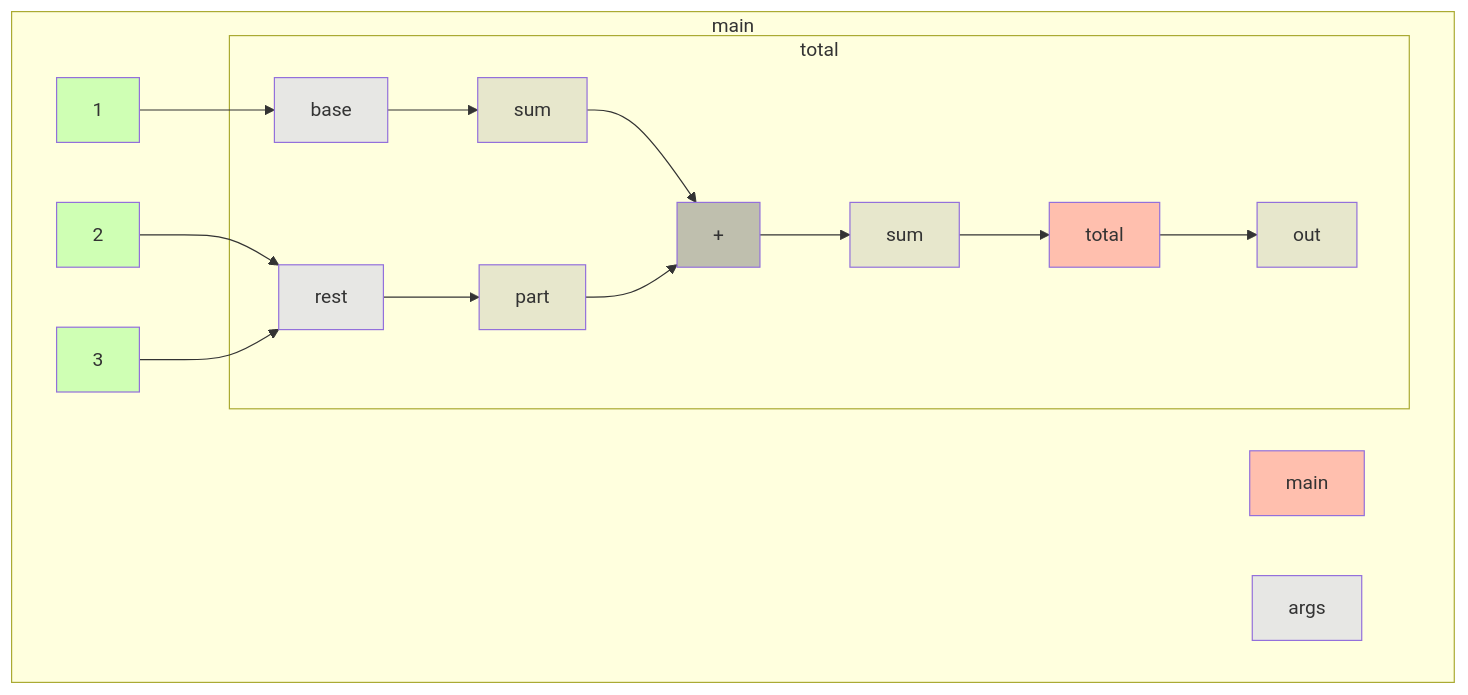
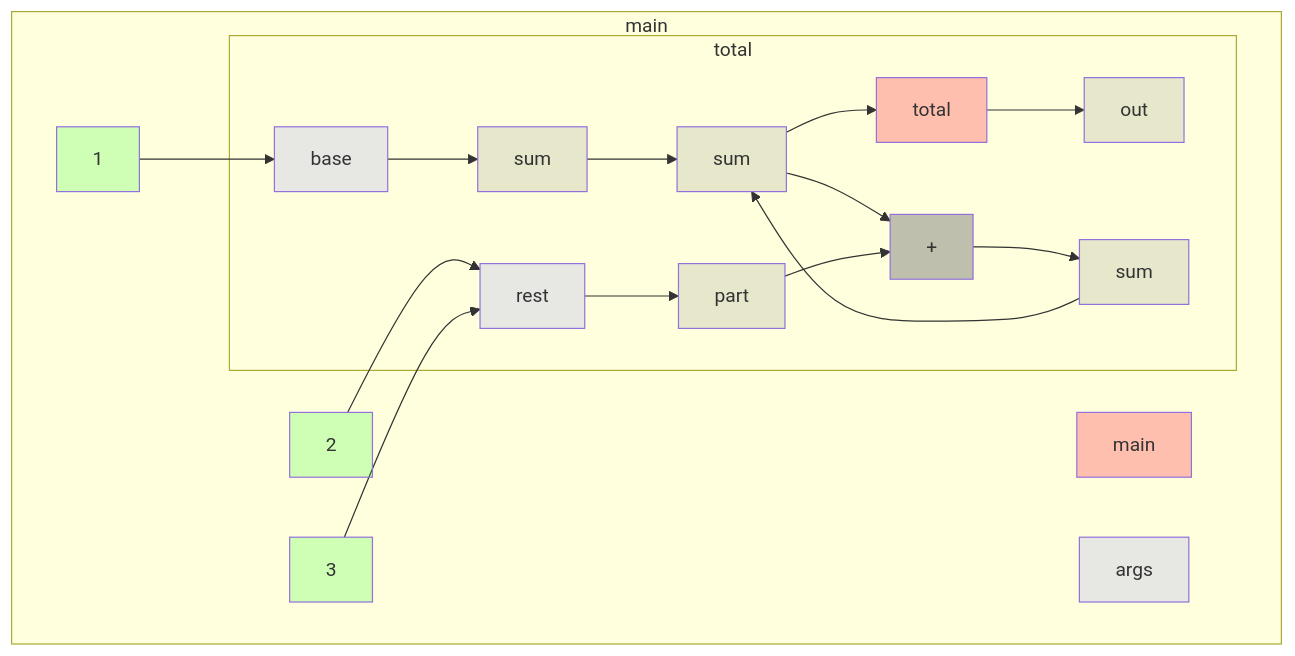
One commit to gstiebler/codeflow changed the diagram in app/src/test/resources/varargs/truth.md. Above: the diagram before and after it, drawn with Mermaid. The commit also changed 9 other files, not shown here.

````diff
--- a/app/src/test/resources/varargs/truth.md
+++ b/app/src/test/resources/varargs/truth.md
@@ -1,37 +1,40 @@
 ```mermaid
 flowchart TD
   subgraph b0["main"]
     n1[main]:::RETURN
     n2[args]:::FUNC_PARAM
     n3[1]:::LITERAL
     n4[2]:::LITERAL
     n5[3]:::LITERAL
-    n14[out]:::VARIABLE
+    n15[out]:::VARIABLE
     n3[1]:::LITERAL --> n8[base]:::FUNC_PARAM
     n4[2]:::LITERAL --> n9[rest]:::FUNC_PARAM
     n5[3]:::LITERAL --> n9[rest]:::FUNC_PARAM
     subgraph b6["total"]
       n7[total]:::RETURN
       n8[base]:::FUNC_PARAM
       n9[rest]:::FUNC_PARAM
       n10[sum]:::VARIABLE
-      n11[part]:::VARIABLE
-      n12[+]:::BIN_OP
-      n13[sum]:::VARIABLE
-      n7[total]:::RETURN --> n14[out]:::VARIABLE
+      n11[sum]:::VARIABLE
+      n12[part]:::VARIABLE
+      n13[+]:::BIN_OP
+      n14[sum]:::VARIABLE
+      n7[total]:::RETURN --> n15[out]:::VARIABLE
       n8[base]:::FUNC_PARAM --> n10[sum]:::VARIABLE
-      n9[rest]:::FUNC_PARAM --> n11[part]:::VARIABLE
-      n10[sum]:::VARIABLE --> n12[+]:::BIN_OP
-      n11[part]:::VARIABLE --> n12[+]:::BIN_OP
-      n12[+]:::BIN_OP --> n13[sum]:::VARIABLE
-      n13[sum]:::VARIABLE --> n7[total]:::RETURN
+      n9[rest]:::FUNC_PARAM --> n12[part]:::VARIABLE
+      n10[sum]:::VARIABLE --> n11[sum]:::VARIABLE
+      n11[sum]:::VARIABLE --> n13[+]:::BIN_OP
+      n11[sum]:::VARIABLE --> n7[total]:::RETURN
+      n12[part]:::VARIABLE --> n13[+]:::BIN_OP
+      n13[+]:::BIN_OP --> n14[sum]:::VARIABLE
+      n14[sum]:::VARIABLE --> n11[sum]:::VARIABLE
     end
   end
   classDef LITERAL fill:#00FF0030
   classDef VARIABLE fill:#80808030
   classDef BIN_OP fill:#80808080
   classDef FUNC_PARAM fill:#8080FF30
   classDef RETURN fill:#FF808080
   classDef EXTERNAL fill:#FFA50040
   classDef UNMODELLED fill:#FF000030,stroke-dasharray: 4 2
 ```
````
